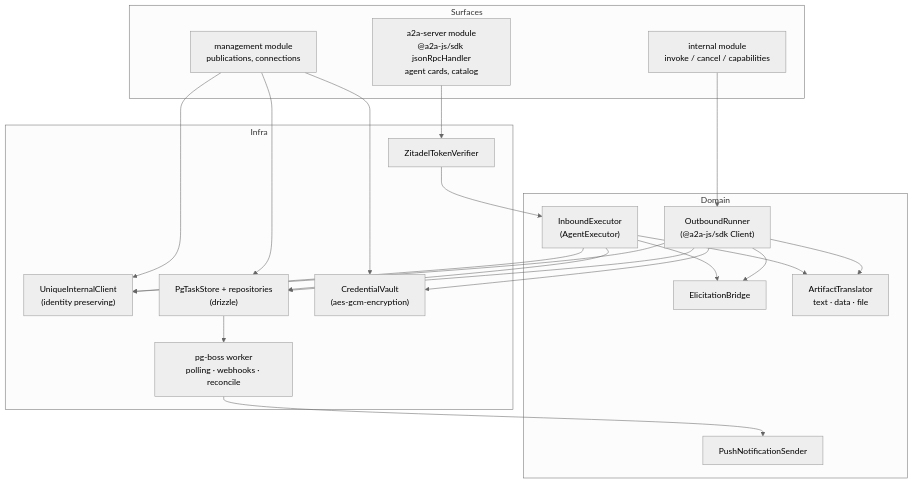
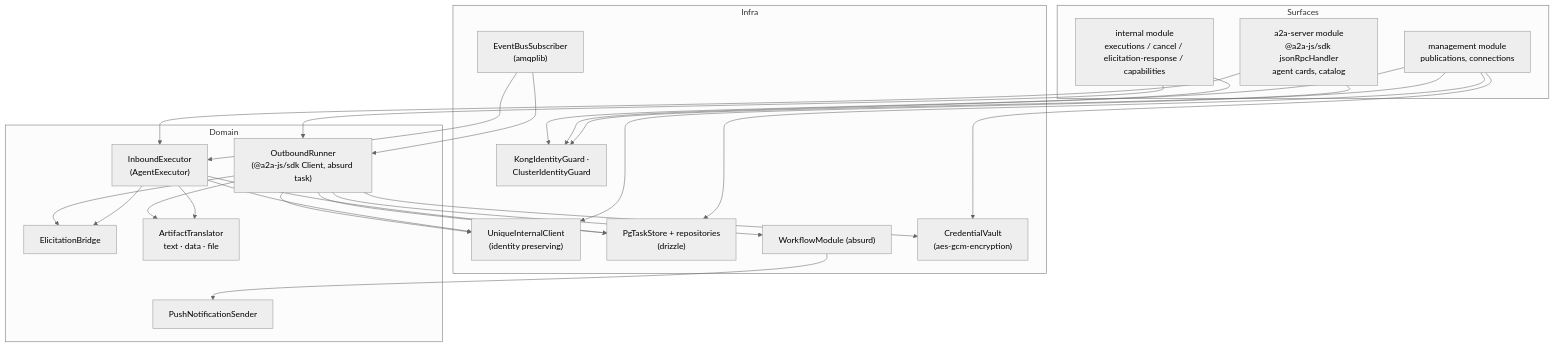
One commit to Unique-AG/connectors changed the second of 2 diagrams in services/a2a-gateway/docs/architecture.md. Above: the diagram before and after it, drawn with Mermaid. The commit also changed other lines of this file and 7 other files, not shown here.

Commit message:
docs(a2a-gateway): apply review decisions (Kong-only auth, event bus, absurd, NestJS 12 ESM, typeid)

````diff
--- a/services/a2a-gateway/docs/architecture.md
+++ b/services/a2a-gateway/docs/architecture.md
@@ -61,32 +65,35 @@
 ```mermaid
 %%{init: {'theme': 'neutral'}}%%
 flowchart TB
     subgraph Surfaces
         Pub["a2a-server module<br/>@a2a-js/sdk jsonRpcHandler<br/>agent cards, catalog"]
         Mgmt["management module<br/>publications, connections"]
-        Int["internal module<br/>invoke / cancel / capabilities"]
+        Int["internal module<br/>executions / cancel / elicitation-response / capabilities"]
     end
 
     subgraph Domain
         Exec["InboundExecutor<br/>(AgentExecutor)"]
-        Out["OutboundRunner<br/>(@a2a-js/sdk Client)"]
+        Out["OutboundRunner<br/>(@a2a-js/sdk Client, absurd task)"]
         Elic["ElicitationBridge"]
         Art["ArtifactTranslator<br/>text · data · file"]
         Push["PushNotificationSender"]
     end
 
     subgraph Infra
+        Auth["KongIdentityGuard ·<br/>ClusterIdentityGuard"]
         UC["UniqueInternalClient<br/>(identity preserving)"]
-        Auth["ZitadelTokenVerifier"]
+        Bus["EventBusSubscriber<br/>(amqplib)"]
         Store["PgTaskStore + repositories<br/>(drizzle)"]
-        Jobs["pg-boss worker<br/>polling · webhooks · reconcile"]
+        Wf["WorkflowModule (absurd)"]
         Sec["CredentialVault<br/>(aes-gcm-encryption)"]
     end
 
-    Pub --> Auth --> Exec
+    Pub & Mgmt & Int --> Auth
+    Pub --> Exec
+    Int --> Out
+    Bus --> Exec & Out
     Exec --> UC & Store & Elic & Art
-    Int --> Out
-    Out --> UC & Store & Elic & Art & Sec
+    Out --> UC & Store & Elic & Art & Sec & Wf
     Mgmt --> Store & Sec & UC
-    Store --> Jobs --> Push
+    Wf --> Push
 ```
````
